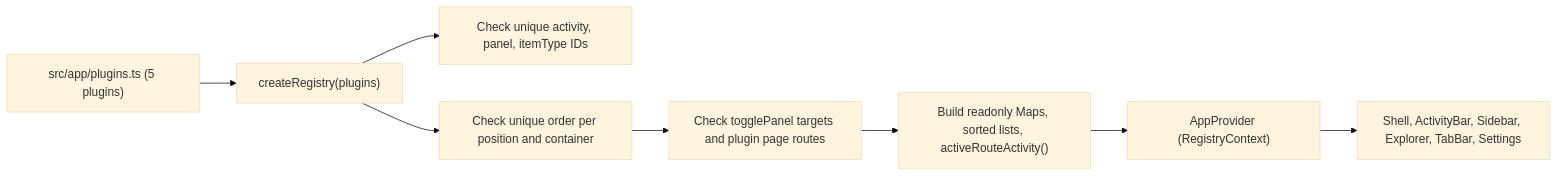
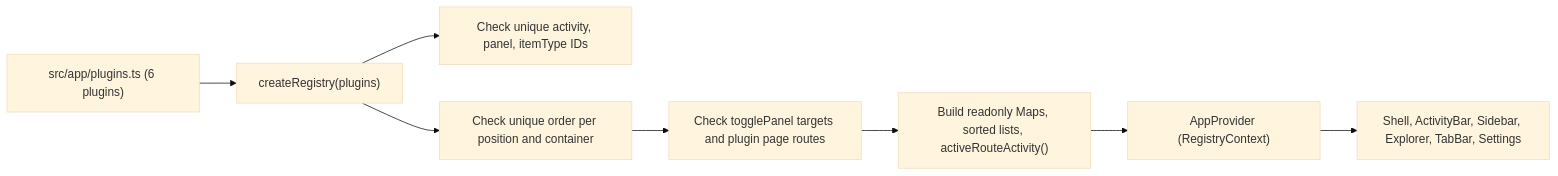
Before and after one commit to ppongtong/ide-shell: the sixth of 12 diagrams in docs/DESIGN.md, drawn with Mermaid (base theme). The commit also changed other lines of this file and 8 other files, not shown here.

````diff
--- a/docs/DESIGN.md
+++ b/docs/DESIGN.md
@@ -370,10 +370,10 @@
 ```mermaid
 flowchart LR
-    Plugins["src/app/plugins.ts (5 plugins)"] --> Create["createRegistry(plugins)"]
+    Plugins["src/app/plugins.ts (6 plugins)"] --> Create["createRegistry(plugins)"]
     Create --> CheckIds["Check unique activity, panel, itemType IDs"]
     Create --> CheckOrder["Check unique order per position and container"]
     CheckOrder --> CheckRefs["Check togglePanel targets and plugin page routes"]
     CheckRefs --> Index["Build readonly Maps, sorted lists, activeRouteActivity()"]
     Index --> Provider["AppProvider (RegistryContext)"]
     Provider --> UI["Shell, ActivityBar, Sidebar, Explorer, TabBar, Settings"]
 ```
````
